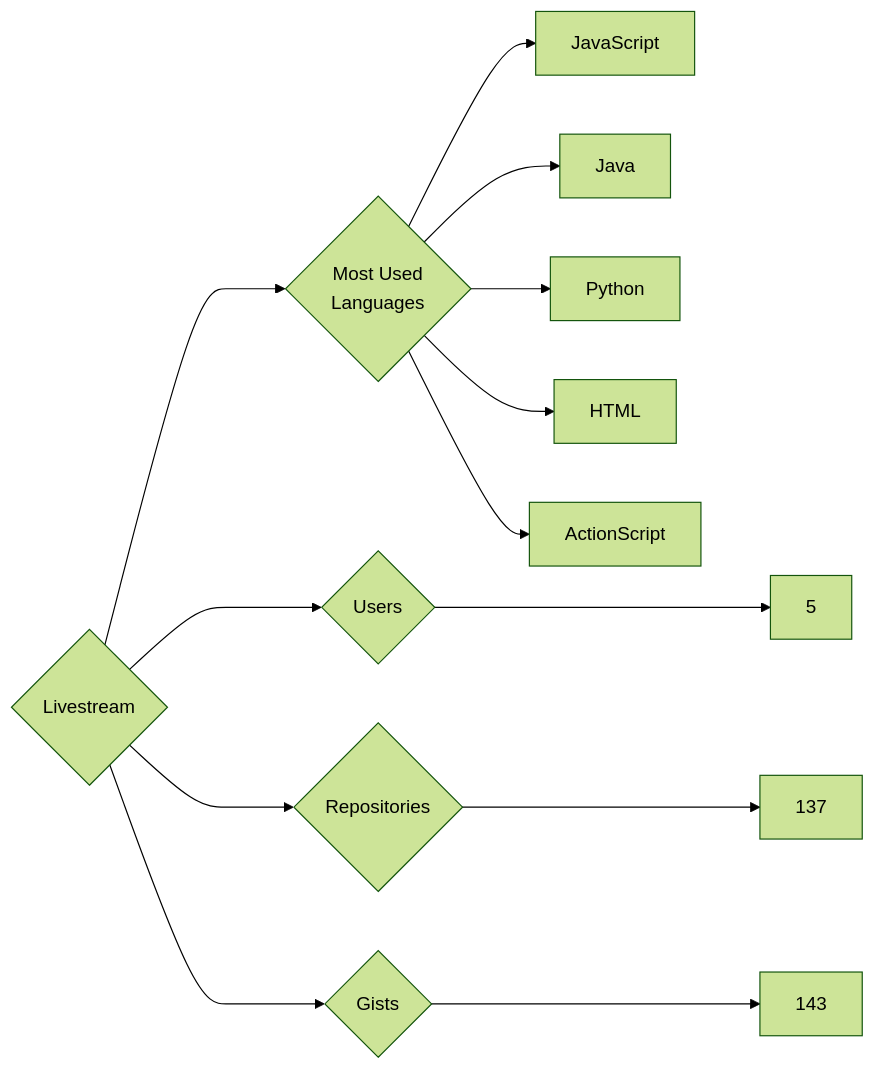
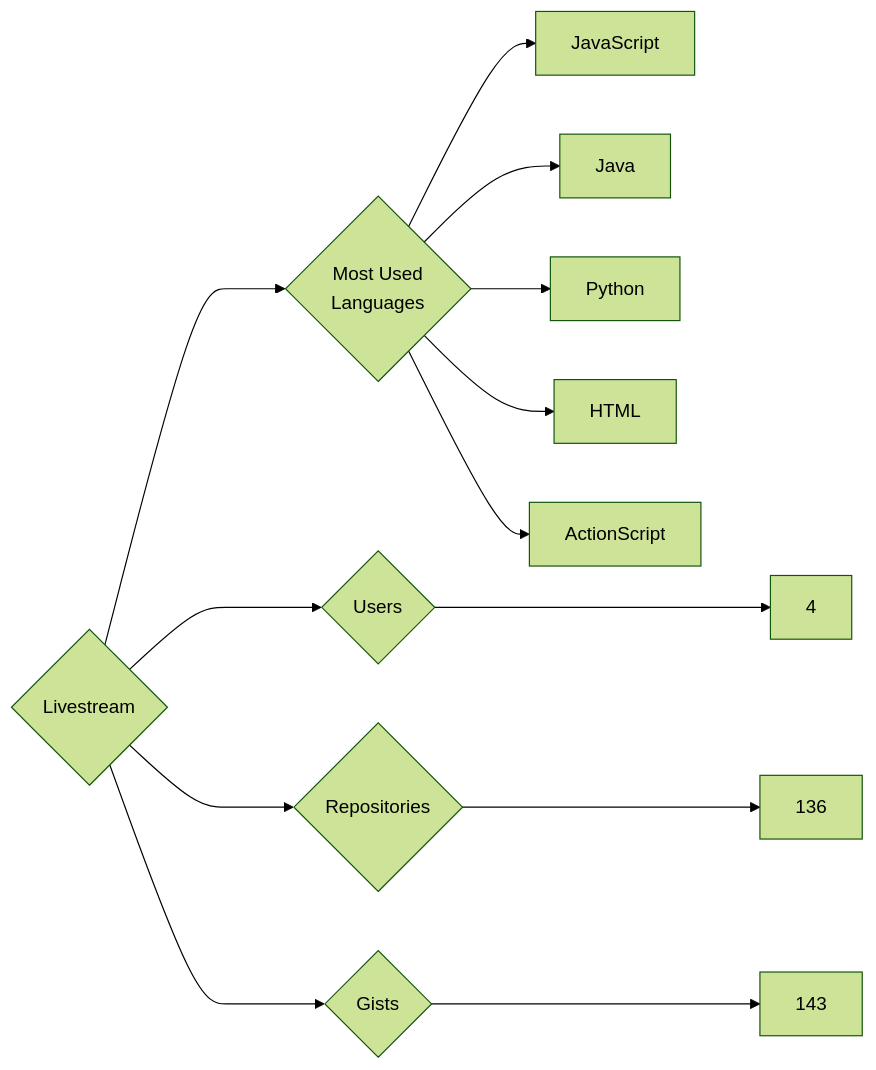
Before and after one commit to trickest/insiders: the diagram in targets/Livestream/README.md, drawn with Mermaid (forest theme). The commit also changed 695 other files, not shown here.

````diff
--- a/targets/Livestream/README.md
+++ b/targets/Livestream/README.md
@@ -3,13 +3,13 @@
 ```mermaid
 graph LR
 COMPANY_NAME{Livestream}
-COMPANY_NAME ---> U{Users} ---> UN[5]
-COMPANY_NAME ---> R{Repositories} ---> RN[137]
+COMPANY_NAME ---> U{Users} ---> UN[4]
+COMPANY_NAME ---> R{Repositories} ---> RN[136]
 COMPANY_NAME ---> G{Gists} ---> GN[143]
 COMPANY_NAME ---> ML{Most Used<br>Languages}
 ML --> JavaScript[JavaScript]
 ML --> Java[Java]
 ML --> Python[Python]
 ML --> HTML[HTML]
 ML --> ActionScript[ActionScript]
 ```
````
